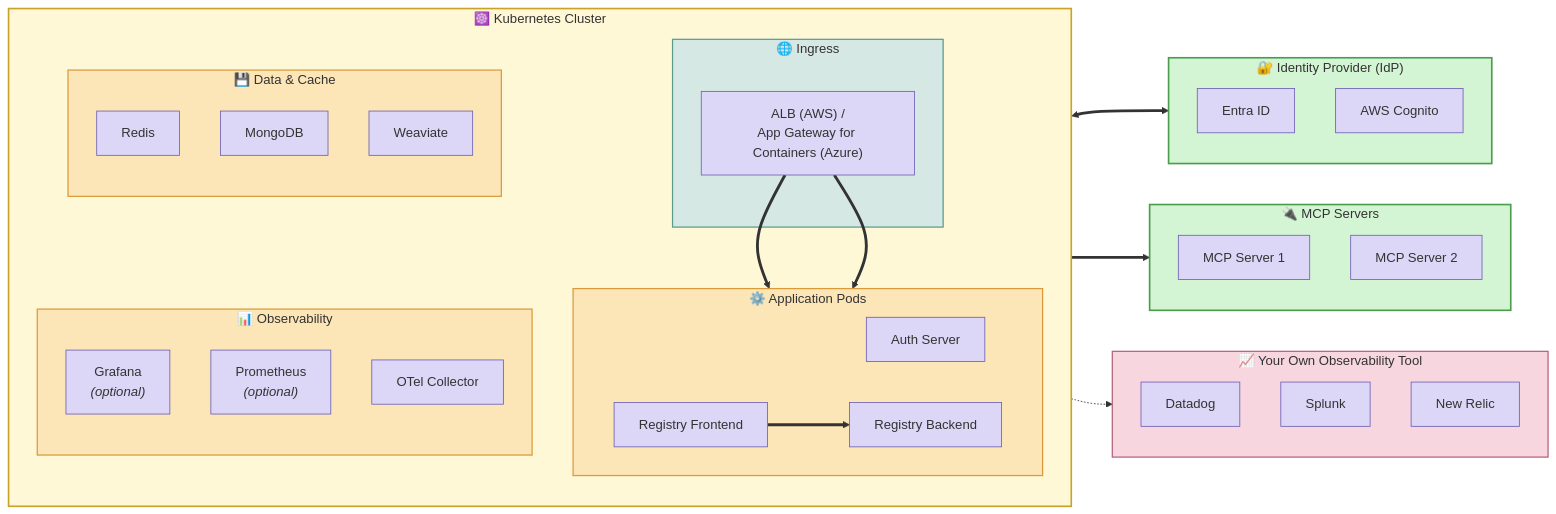
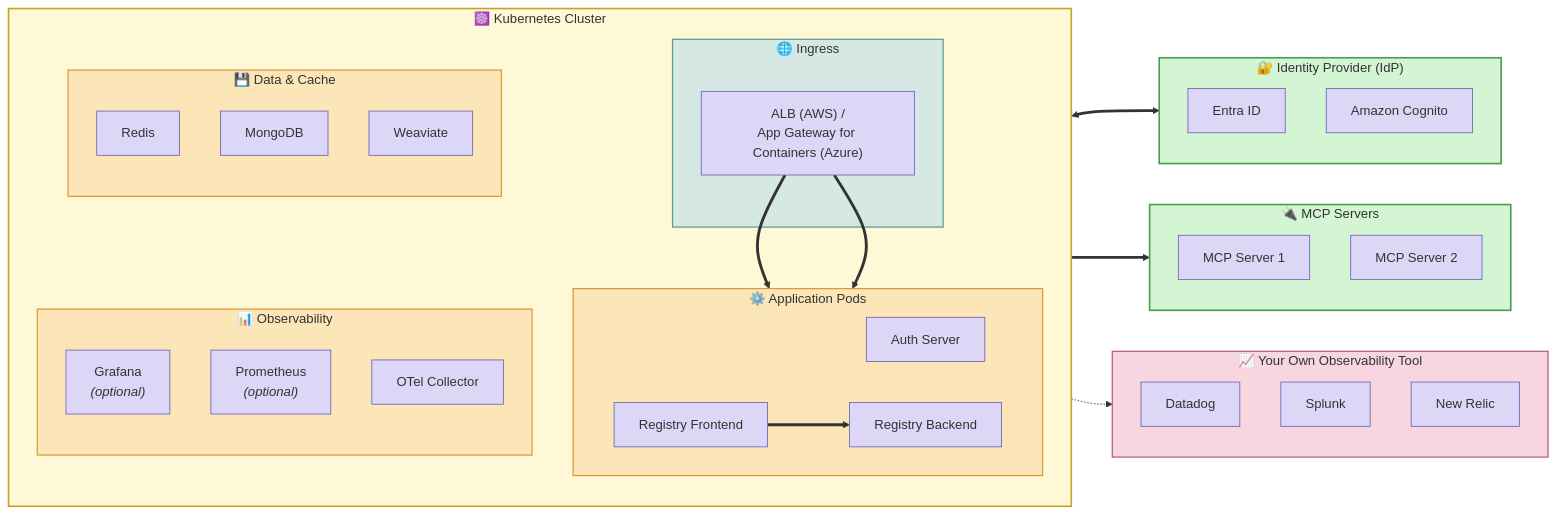
Before and after one commit to ascending-llc/jarvis-registry: the diagram in docs/deployment-guide.md, drawn with Mermaid. The commit also changed other lines of this file and 18 other files, not shown here.

```diff
--- a/docs/deployment-guide.md
+++ b/docs/deployment-guide.md
@@ -29,7 +29,7 @@
     subgraph IdP["🔐 Identity Provider (IdP)"]
         direction TB
         Entra["Entra ID"]
-        Cognito["AWS Cognito"]
+        Cognito["Amazon Cognito"]
     end
 
     %% ===== Kubernetes Cluster =====
```
